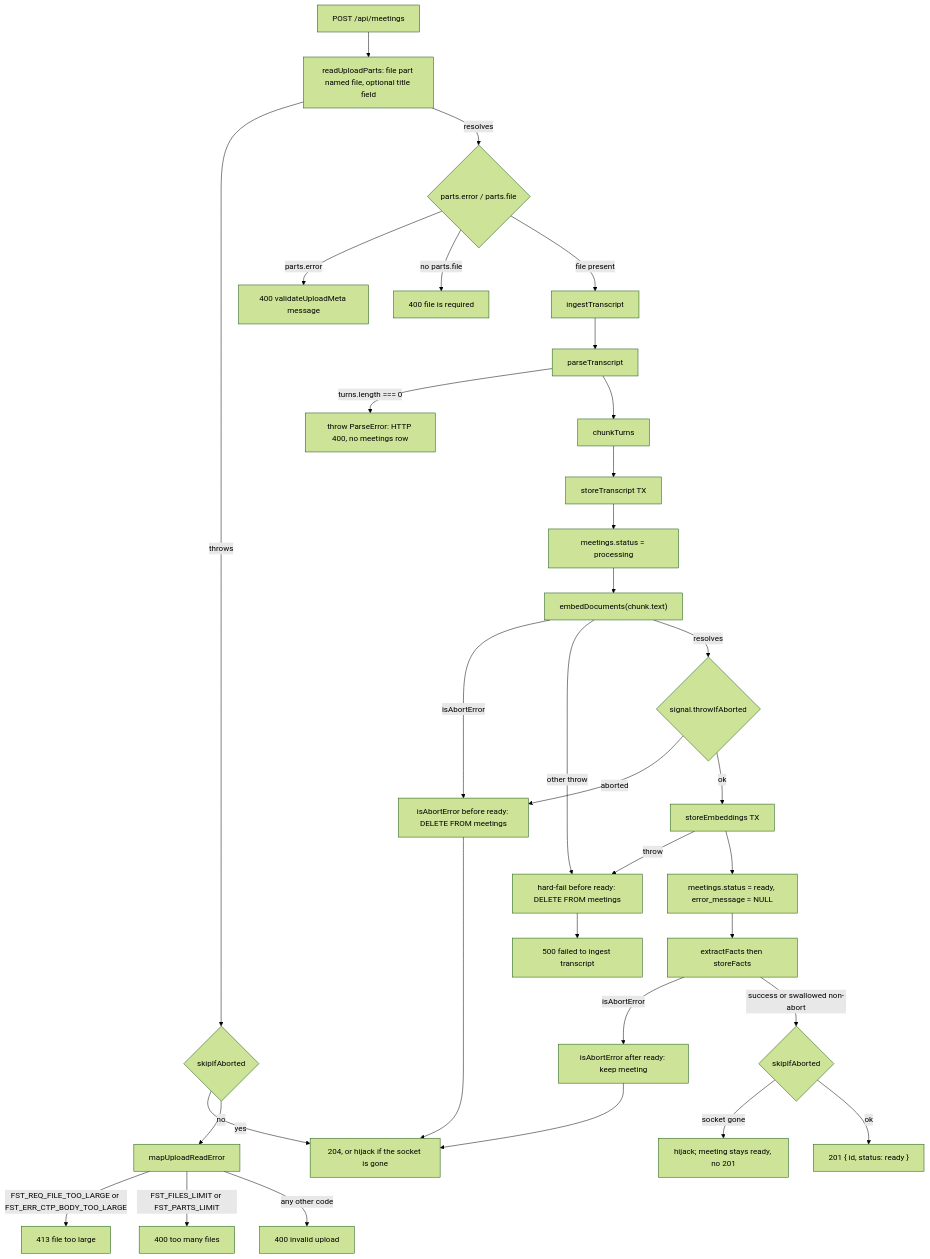
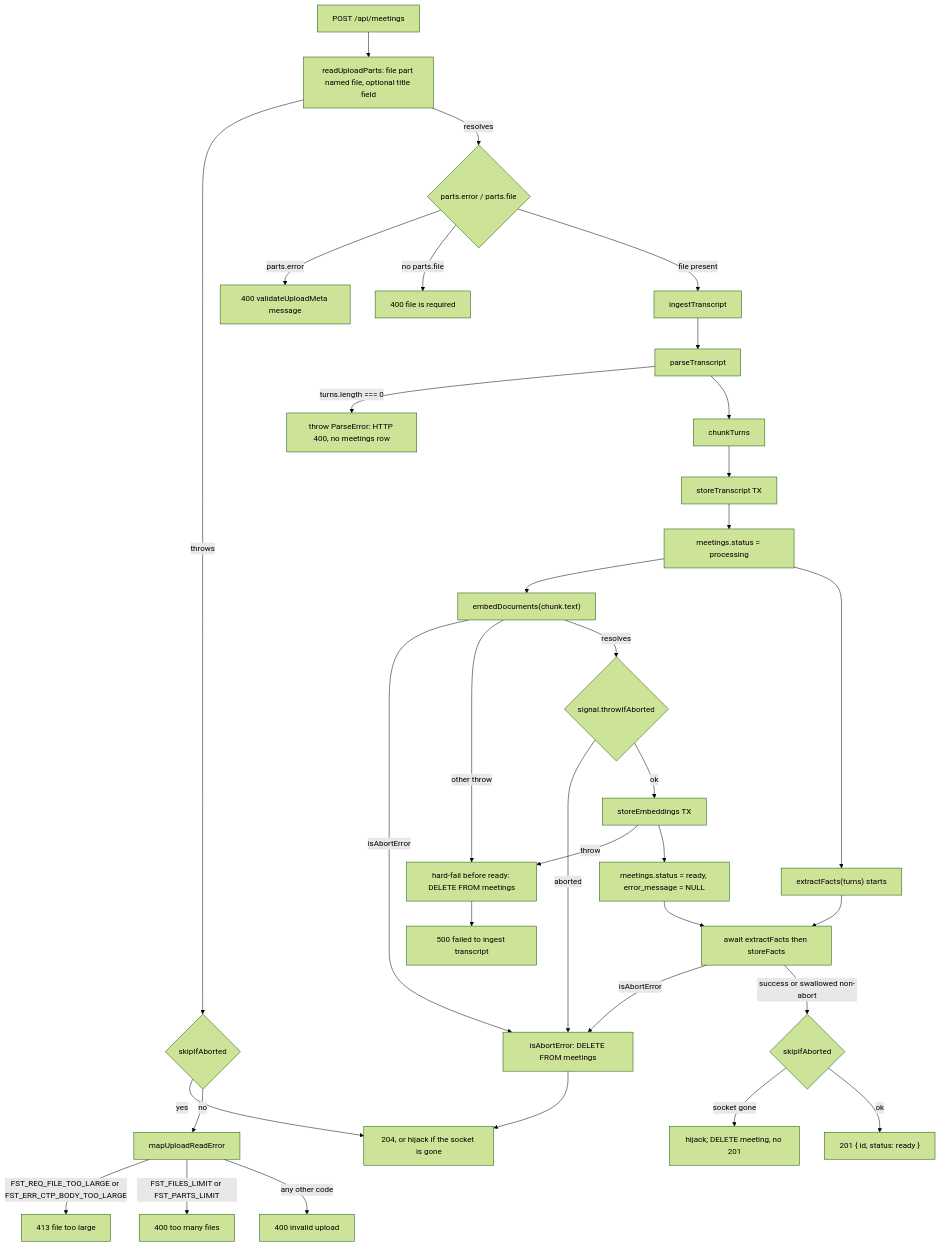
One commit to adamrefaey/meeting-intelligence changed the first of 7 diagrams in docs/flows/ingestion.md. Above: the diagram before and after it, drawn with Mermaid (forest theme). The commit also changed other lines of this file and 4 other files, not shown here.

````diff
--- a/docs/flows/ingestion.md
+++ b/docs/flows/ingestion.md
@@ -11,60 +11,62 @@
 ```mermaid
 flowchart TD
   post["POST /api/meetings"]
   parts["readUploadParts: file part named file, optional title field"]
   abortedRead{"skipIfAborted"}
   readFail["mapUploadReadError"]
   tooLarge["413 file too large"]
   tooMany["400 too many files"]
   invalid["400 invalid upload"]
   check{"parts.error / parts.file"}
   badMeta["400 validateUploadMeta message"]
   noFile["400 file is required"]
   ingest["ingestTranscript"]
   parse["parseTranscript"]
   parseFail["throw ParseError: HTTP 400, no meetings row"]
   chunk["chunkTurns"]
   storeTx["storeTranscript TX"]
   processing["meetings.status = processing"]
   embed["embedDocuments(chunk.text)"]
+  extractStart["extractFacts(turns) starts"]
   abortCheck{"signal.throwIfAborted"}
   storeEmb["storeEmbeddings TX"]
   ready["meetings.status = ready, error_message = NULL"]
-  extract["extractFacts then storeFacts"]
-  abortDel["isAbortError before ready: DELETE FROM meetings"]
-  keepReady["isAbortError after ready: keep meeting"]
+  extract["await extractFacts then storeFacts"]
+  abortDel["isAbortError: DELETE FROM meetings"]
   failDel["hard-fail before ready: DELETE FROM meetings"]
   doneCheck{"skipIfAborted"}
-  noBody["hijack; meeting stays ready, no 201"]
+  noBody["hijack; DELETE meeting, no 201"]
   created["201 { id, status: ready }"]
   http204["204, or hijack if the socket is gone"]
   http500["500 failed to ingest transcript"]
 
   post --> parts
   parts -->|throws| abortedRead
   abortedRead -->|yes| http204
   abortedRead -->|no| readFail
   readFail -->|FST_REQ_FILE_TOO_LARGE or FST_ERR_CTP_BODY_TOO_LARGE| tooLarge
   readFail -->|FST_FILES_LIMIT or FST_PARTS_LIMIT| tooMany
   readFail -->|any other code| invalid
   parts -->|resolves| check
   check -->|parts.error| badMeta
   check -->|no parts.file| noFile
   check -->|file present| ingest --> parse
   parse -->|turns.length === 0| parseFail
-  parse --> chunk --> storeTx --> processing --> embed
+  parse --> chunk --> storeTx --> processing
+  processing --> embed
+  processing --> extractStart
   embed -->|isAbortError| abortDel
   embed -->|other throw| failDel
   embed -->|resolves| abortCheck
   abortCheck -->|aborted| abortDel
   abortCheck -->|ok| storeEmb
   storeEmb -->|throw| failDel
   storeEmb --> ready --> extract
-  extract -->|isAbortError| keepReady
+  extractStart --> extract
+  extract -->|isAbortError| abortDel
   extract -->|success or swallowed non-abort| doneCheck
   doneCheck -->|socket gone| noBody
   doneCheck -->|ok| created
   abortDel --> http204
-  keepReady --> http204
   failDel --> http500
 ```
````
